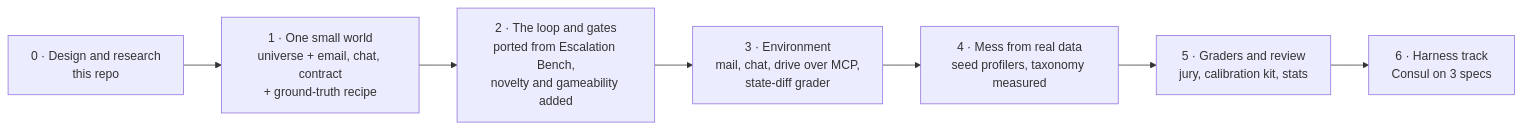
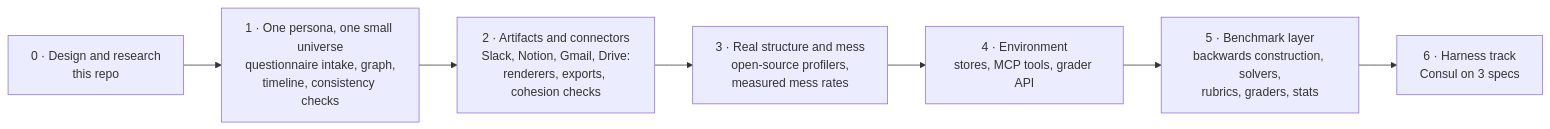
Before and after one commit to nbdesai1992/orbifex: diagram 17 of 17 in README.md, drawn with Mermaid. The commit also changed other lines of this file, not shown here.

````diff
--- a/README.md
+++ b/README.md
@@ -537,9 +599,9 @@
 ```mermaid
 flowchart LR
-  P0["0 · Design and research<br/>this repo"] --> P1["1 · One small world<br/>universe + email, chat, contract<br/>+ ground-truth recipe"]
-  P1 --> P2["2 · The loop and gates<br/>ported from Escalation Bench,<br/>novelty and gameability added"]
-  P2 --> P3["3 · Environment<br/>mail, chat, drive over MCP,<br/>state-diff grader"]
-  P3 --> P4["4 · Mess from real data<br/>seed profilers, taxonomy measured"]
-  P4 --> P5["5 · Graders and review<br/>jury, calibration kit, stats"]
+  P0["0 · Design and research<br/>this repo"] --> P1["1 · One persona, one small universe<br/>questionnaire intake, graph,<br/>timeline, consistency checks"]
+  P1 --> P2["2 · Artifacts and connectors<br/>Slack, Notion, Gmail, Drive:<br/>renderers, exports, cohesion checks"]
+  P2 --> P3["3 · Real structure and mess<br/>open-source profilers,<br/>measured mess rates"]
+  P3 --> P4["4 · Environment<br/>stores, MCP tools, grader API"]
+  P4 --> P5["5 · Benchmark layer<br/>backwards construction, solvers,<br/>rubrics, graders, stats"]
   P5 --> P6["6 · Harness track<br/>Consul on 3 specs"]
 ```
````
